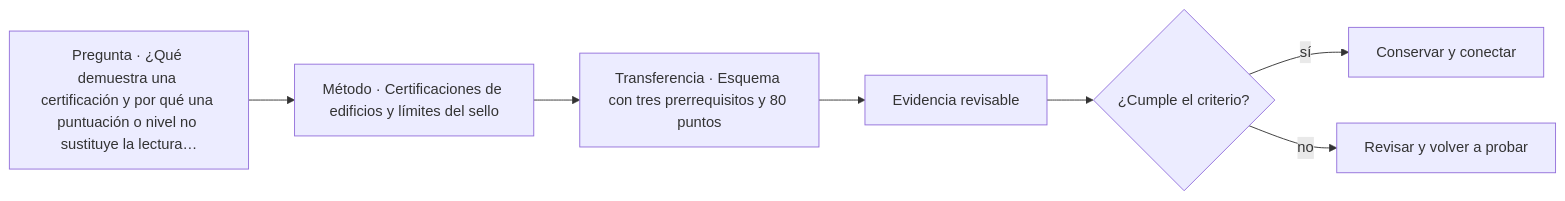
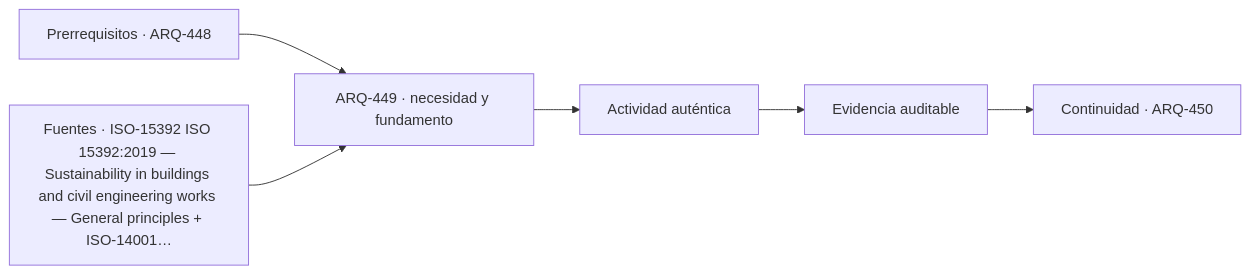
Before and after one commit to vladimiracunadev-create/architecture-built-environment-learning-program: the diagram in classes/parte-45/ARQ-449.md, drawn with Mermaid. The commit also changed other lines of this file and 761 other files, not shown here.

````diff
--- a/classes/parte-45/ARQ-449.md
+++ b/classes/parte-45/ARQ-449.md
@@ -75,9 +87,8 @@
 ```mermaid
 flowchart LR
-    Q["Pregunta · ¿Qué demuestra una certificación y por qué una puntuación o nivel no sustituye la lectura…"] --> M["Método · Certificaciones de edificios y límites del sello"]
-    M --> P["Transferencia · Esquema con tres prerrequisitos y 80 puntos"]
-    P --> E["Evidencia revisable"]
-    E --> C{"¿Cumple el criterio?"}
-    C -->|sí| T["Conservar y conectar"]
-    C -->|no| R["Revisar y volver a probar"]
+    A["Prerrequisitos · ARQ-448"] --> B["ARQ-449 · necesidad y fundamento"]
+    S["Fuentes · ISO-15392 ISO 15392:2019 — Sustainability in buildings and civil engineering works — General principles + ISO-14001…"] --> B
+    B --> C["Actividad auténtica"]
+    C --> D["Evidencia auditable"]
+    D --> E["Continuidad · ARQ-450"]
 ```
````
